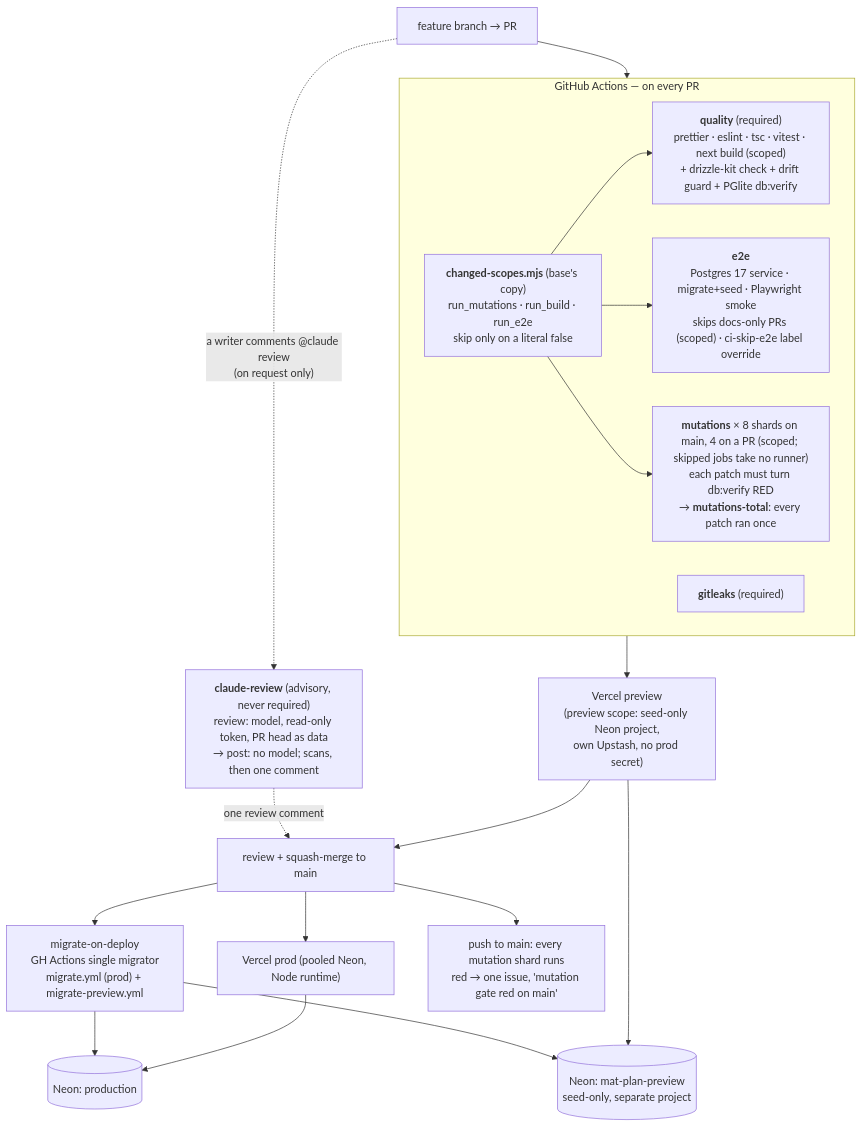
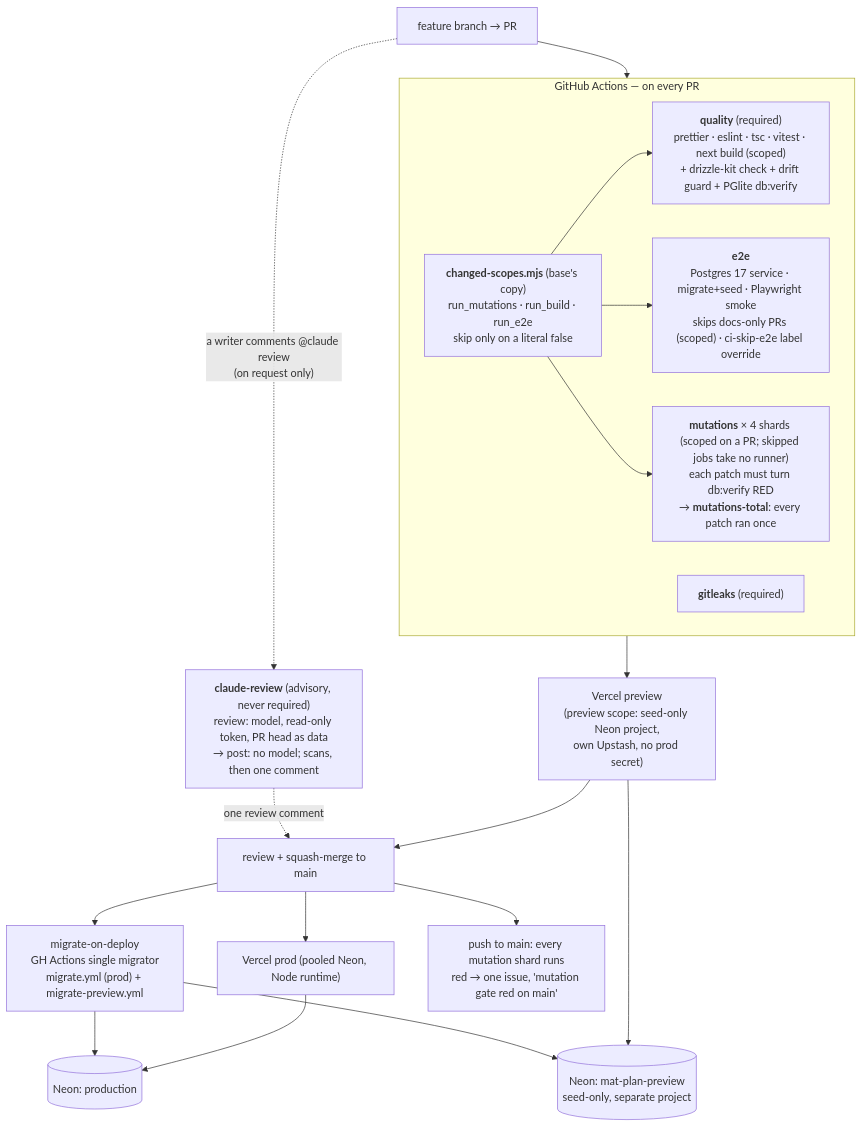
Diagram 17 of 21 in docs/architecture.md (ralamode/mat-plan), drawn with Mermaid before and after one commit. The commit also changed 4 other files, not shown here.

First line of the commit message:
ci(dx-18): a push to main runs the mutation proof in 4 shards, not 8 (#728)

````diff
--- a/docs/architecture.md
+++ b/docs/architecture.md
@@ -844,25 +844,25 @@
 ```mermaid
 flowchart TB
   DEV["feature branch → PR"] --> CI
   subgraph CI["GitHub Actions — on every PR"]
     S["<b>changed-scopes.mjs</b> (base's copy)<br/>run_mutations · run_build · run_e2e<br/>skip only on a literal false"]
     Q["<b>quality</b> (required)<br/>prettier · eslint · tsc · vitest · next build (scoped)<br/>+ drizzle-kit check + drift guard + PGlite db:verify"]
     E["<b>e2e</b><br/>Postgres 17 service · migrate+seed · Playwright smoke<br/>skips docs-only PRs (scoped) · ci-skip-e2e label override"]
-    M["<b>mutations</b> × 8 shards on main, 4 on a PR (scoped; skipped jobs take no runner)<br/>each patch must turn db:verify RED<br/>→ <b>mutations-total</b>: every patch ran once"]
+    M["<b>mutations</b> × 4 shards (scoped on a PR; skipped jobs take no runner)<br/>each patch must turn db:verify RED<br/>→ <b>mutations-total</b>: every patch ran once"]
     S --> Q
     S --> E
     S --> M
     G["<b>gitleaks</b> (required)"]
   end
   CI --> PREV["Vercel preview<br/>(preview scope: seed-only Neon project,<br/>own Upstash, no prod secret)"]
   DEV -. "a writer comments @claude review<br/>(on request only)" .-> CR["<b>claude-review</b> (advisory, never required)<br/>review: model, read-only token, PR head as data<br/>→ post: no model; scans, then one comment"]
   CR -. "one review comment" .-> REV
   PREV --> REV["review + squash-merge to main"]
   REV --> MIG["migrate-on-deploy<br/>GH Actions single migrator<br/>migrate.yml (prod) + migrate-preview.yml"]
   REV --> PROD["Vercel prod (pooled Neon, Node runtime)"]
   REV --> MAIN["push to main: every mutation shard runs<br/>red → one issue, 'mutation gate red on main'"]
   MIG --> NEON[("Neon: production")]
   MIG --> NEONP[("Neon: mat-plan-preview<br/>seed-only, separate project")]
   PROD --> NEON
   PREV --> NEONP
 ```
````
